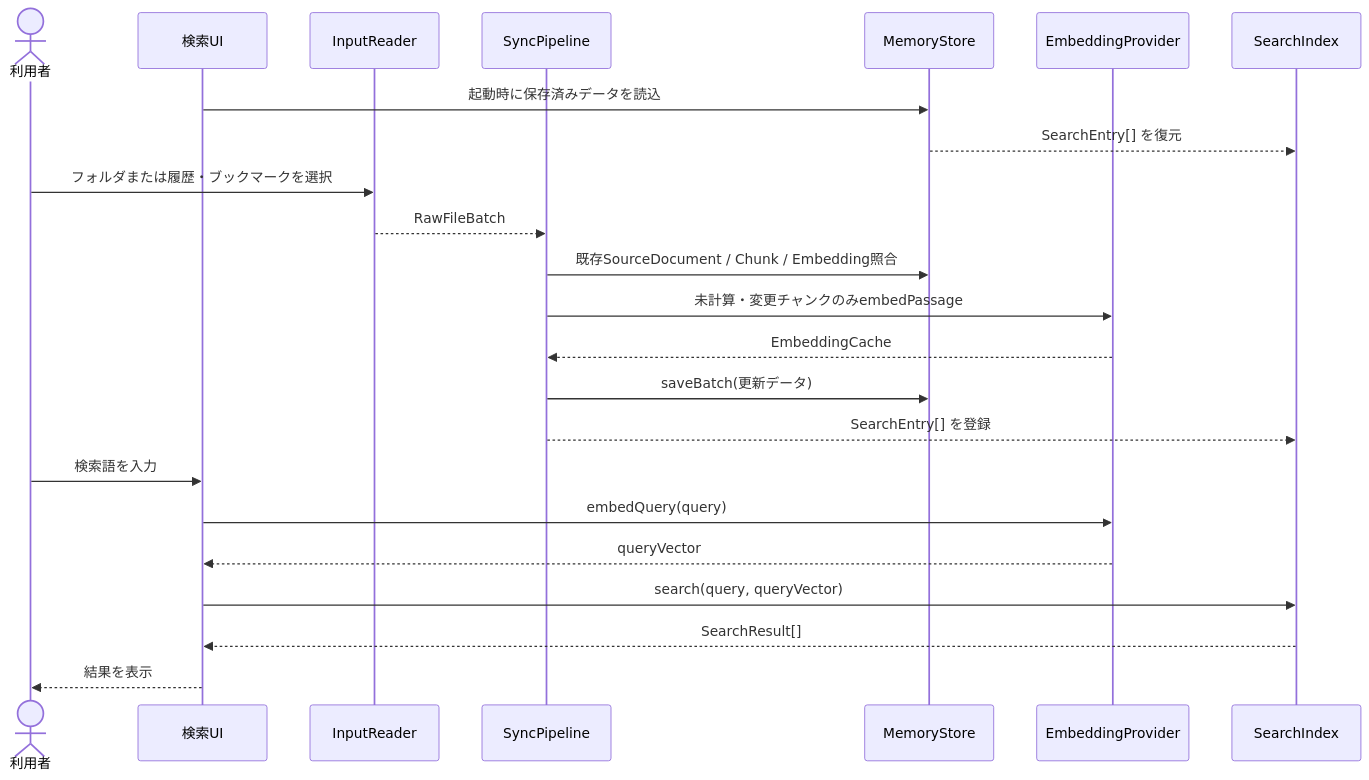
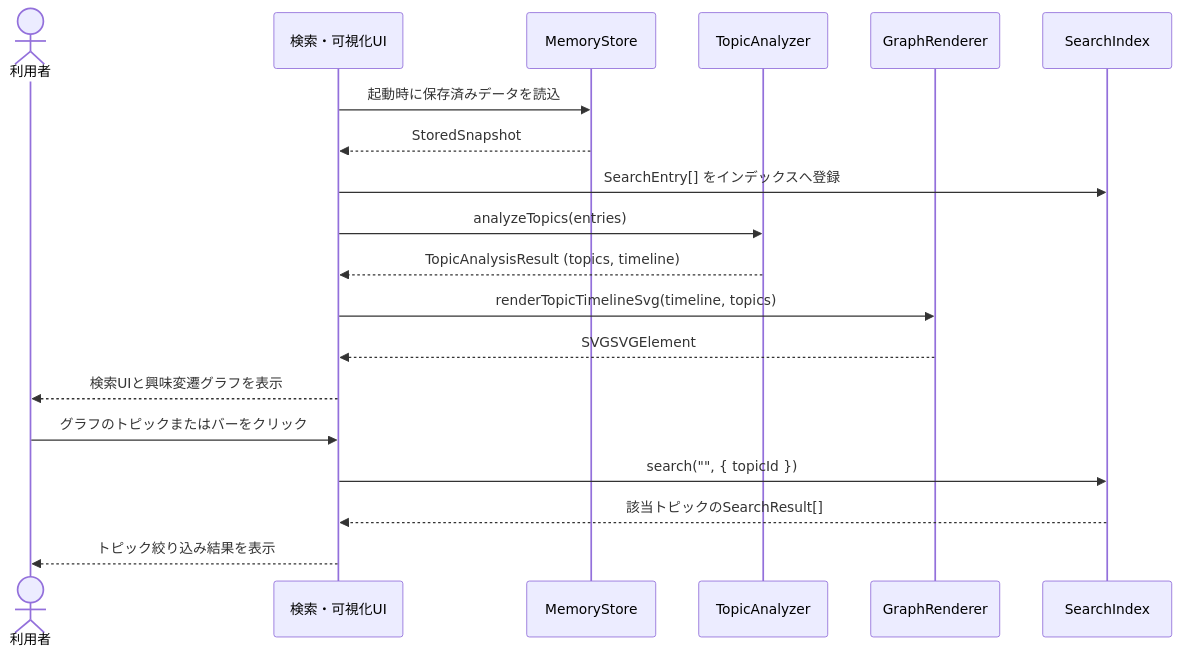
Before and after one commit to xzyozi/Mnemo_Local: the diagram in docs/design/APP-DD-001_Local-Semantic-Memory.md, drawn with Mermaid. The commit also changed other lines of this file, not shown here.

Commit message:
docs: update APP-DD-001 with Phase 3 topic clustering and interest graph specifications

````diff
--- a/docs/design/APP-DD-001_Local-Semantic-Memory.md
+++ b/docs/design/APP-DD-001_Local-Semantic-Memory.md
@@ -172,26 +153,22 @@
 ```mermaid
 sequenceDiagram
     actor User as 利用者
-    participant UI as 検索UI
-    participant Reader as InputReader
-    participant Sync as SyncPipeline
+    participant UI as 検索・可視化UI
     participant Store as MemoryStore
-    participant Embed as EmbeddingProvider
+    participant Analyzer as TopicAnalyzer
+    participant Renderer as GraphRenderer
     participant Index as SearchIndex
 
     UI->>Store: 起動時に保存済みデータを読込
-    Store-->>Index: SearchEntry[] を復元
-    User->>Reader: フォルダまたは履歴・ブックマークを選択
-    Reader-->>Sync: RawFileBatch
-    Sync->>Store: 既存SourceDocument / Chunk / Embedding照合
-    Sync->>Embed: 未計算・変更チャンクのみembedPassage
-    Embed-->>Sync: EmbeddingCache
-    Sync->>Store: saveBatch(更新データ)
-    Sync-->>Index: SearchEntry[] を登録
-    User->>UI: 検索語を入力
-    UI->>Embed: embedQuery(query)
-    Embed-->>UI: queryVector
-    UI->>Index: search(query, queryVector)
-    Index-->>UI: SearchResult[]
-    UI-->>User: 結果を表示
+    Store-->>UI: StoredSnapshot
+    UI->>Index: SearchEntry[] をインデックスへ登録
+    UI->>Analyzer: analyzeTopics(entries)
+    Analyzer-->>UI: TopicAnalysisResult (topics, timeline)
+    UI->>Renderer: renderTopicTimelineSvg(timeline, topics)
+    Renderer-->>UI: SVGSVGElement
+    UI-->>User: 検索UIと興味変遷グラフを表示
+    User->>UI: グラフのトピックまたはバーをクリック
+    UI->>Index: search("", { topicId })
+    Index-->>UI: 該当トピックのSearchResult[]
+    UI-->>User: トピック絞り込み結果を表示
 ```
````
